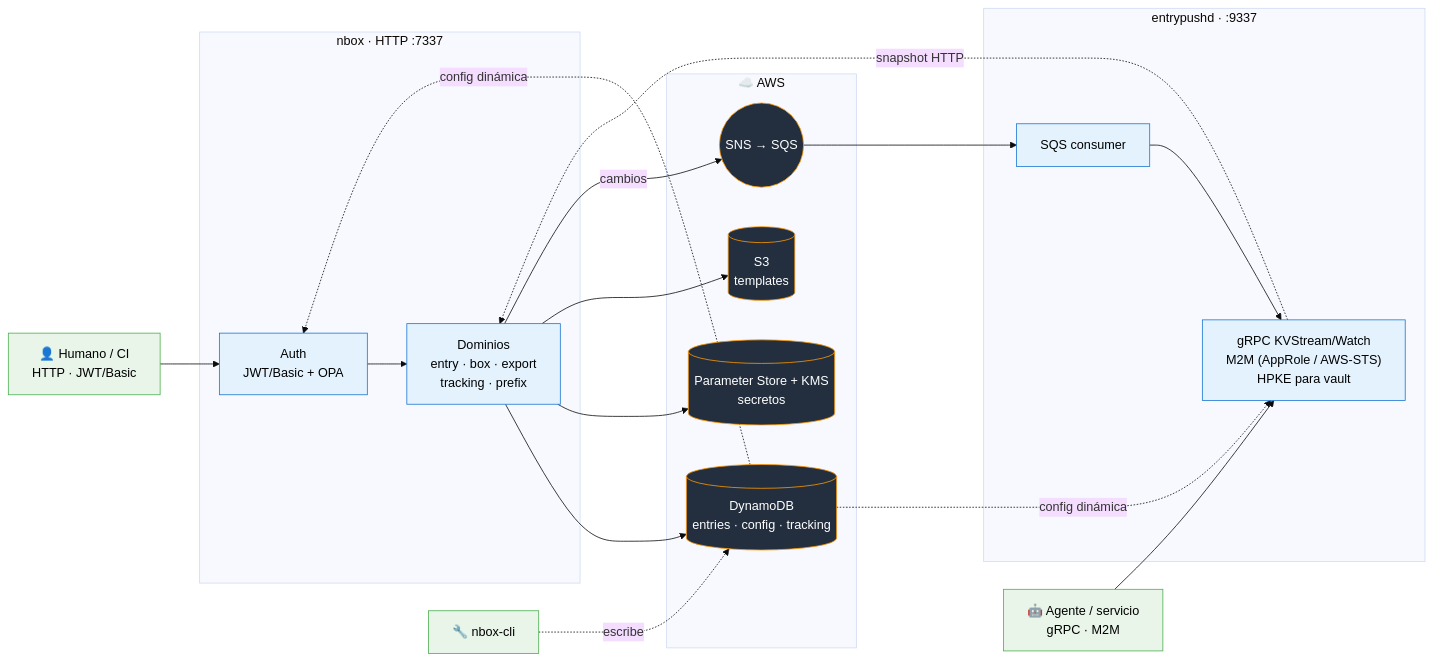
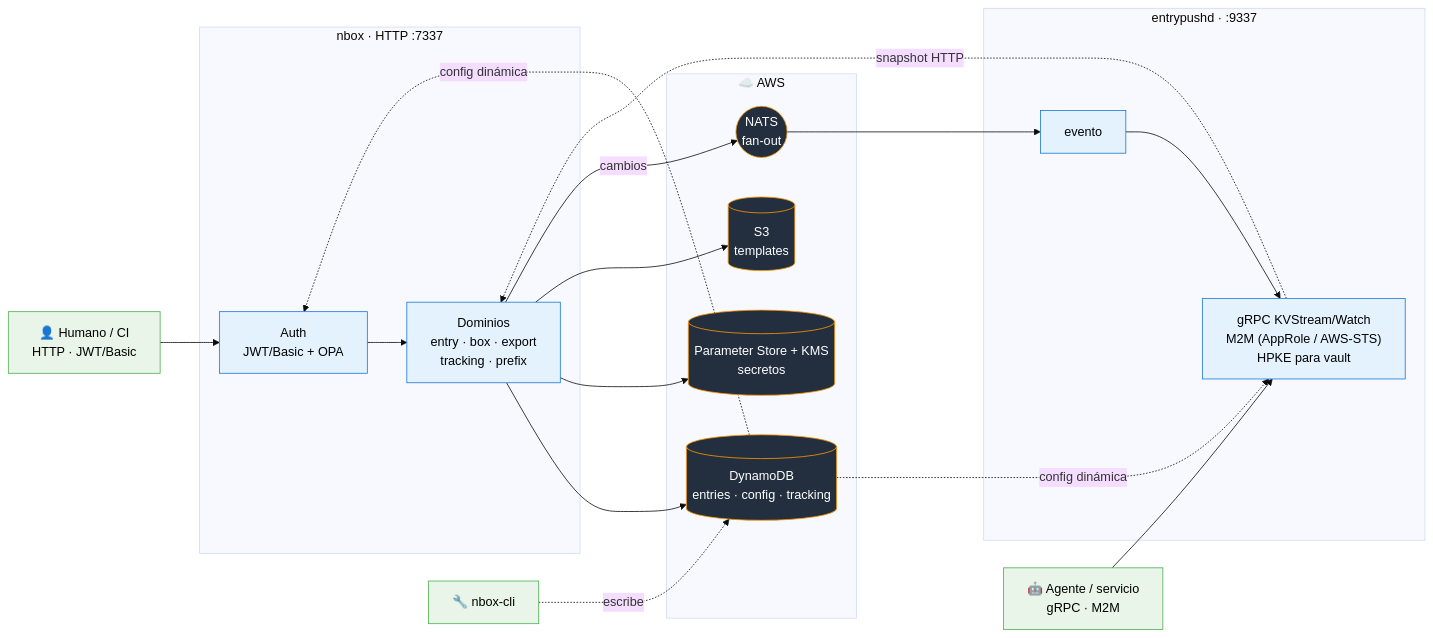
Before and after one commit to norlis/nbox: the diagram in README.md, drawn with Mermaid. The commit also changed other lines of this file and 36 other files, not shown here.

Commit message:
feat(events): migrate event bus from AWS SNS to NATS fan-out   - publisher: SNS → transport-neutral CloudEvents over NATS core, with retry/backoff   - entrypushd: subscribe (no queue-group) and fan-out events to gRPC watchers   - cli: extract shared output formatting

````diff
--- a/README.md
+++ b/README.md
@@ -402,43 +415,43 @@
 ```mermaid
 ---
 config:
   layout: dagre
   theme: base
 ---
 flowchart LR
     HUMAN["👤 Humano / CI<br/>HTTP · JWT/Basic"]
     AGENT["🤖 Agente / servicio<br/>gRPC · M2M"]
     ADMIN["🔧 nbox-cli"]
 
     subgraph NBOX["nbox · HTTP :7337"]
         AUTH["Auth<br/>JWT/Basic + OPA"]
         DOM["Dominios<br/>entry · box · export<br/>tracking · prefix"]
     end
 
     subgraph EPS["entrypushd · :9337"]
-        SQSC["SQS consumer"]
+        NATSC["evento"]
         GRPC["gRPC KVStream/Watch<br/>M2M (AppRole / AWS-STS)<br/>HPKE para vault"]
     end
 
     subgraph AWS["☁️ AWS"]
         DDB[("DynamoDB<br/>entries · config · tracking")]
         SSM[("Parameter Store + KMS<br/>secretos")]
         S3[("S3<br/>templates")]
-        BUS(("SNS → SQS"))
+        BUS(("NATS<br/>fan-out"))
     end
 
     HUMAN --> AUTH --> DOM
     ADMIN -. escribe .-> DDB
     DOM --> DDB & SSM & S3
-    DOM -- cambios --> BUS --> SQSC --> GRPC
+    DOM -- cambios --> BUS --> NATSC --> GRPC
     AGENT --> GRPC
     GRPC -. snapshot HTTP .-> DOM
     DDB -. config dinámica .-> AUTH & GRPC
 
     classDef client fill:#E8F5E8,stroke:#4CAF50,color:#000
     classDef svc fill:#E3F2FD,stroke:#1976D2,color:#000
     classDef aws fill:#232F3E,stroke:#FF9900,color:#fff
     class HUMAN,AGENT,ADMIN client
-    class AUTH,DOM,SQSC,GRPC svc
+    class AUTH,DOM,NATSC,GRPC svc
     class DDB,SSM,S3,BUS aws
 ```
````
